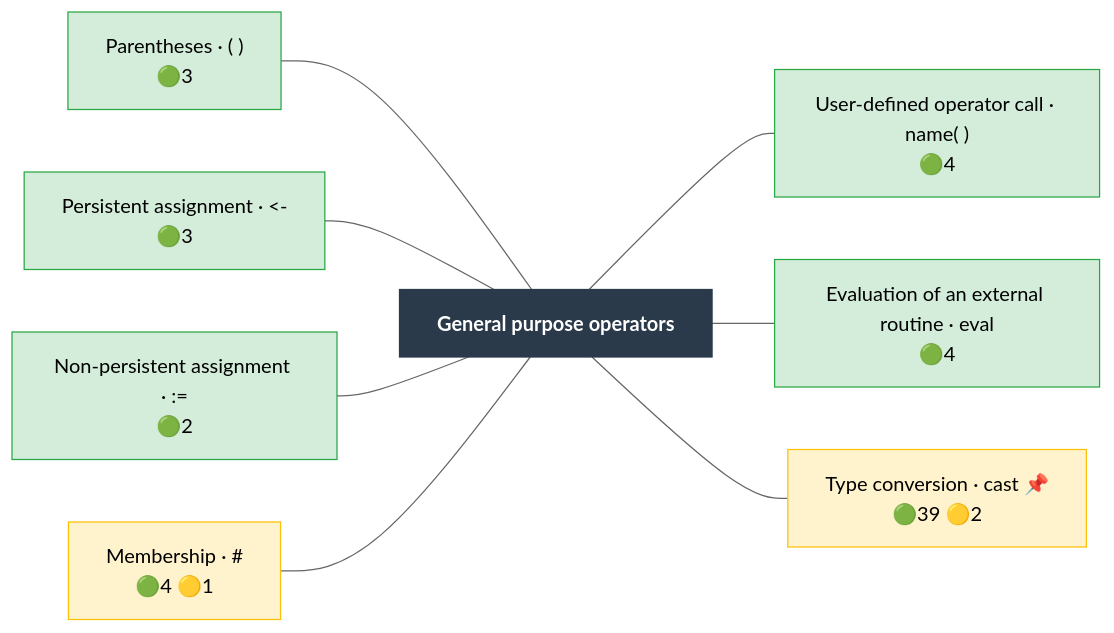
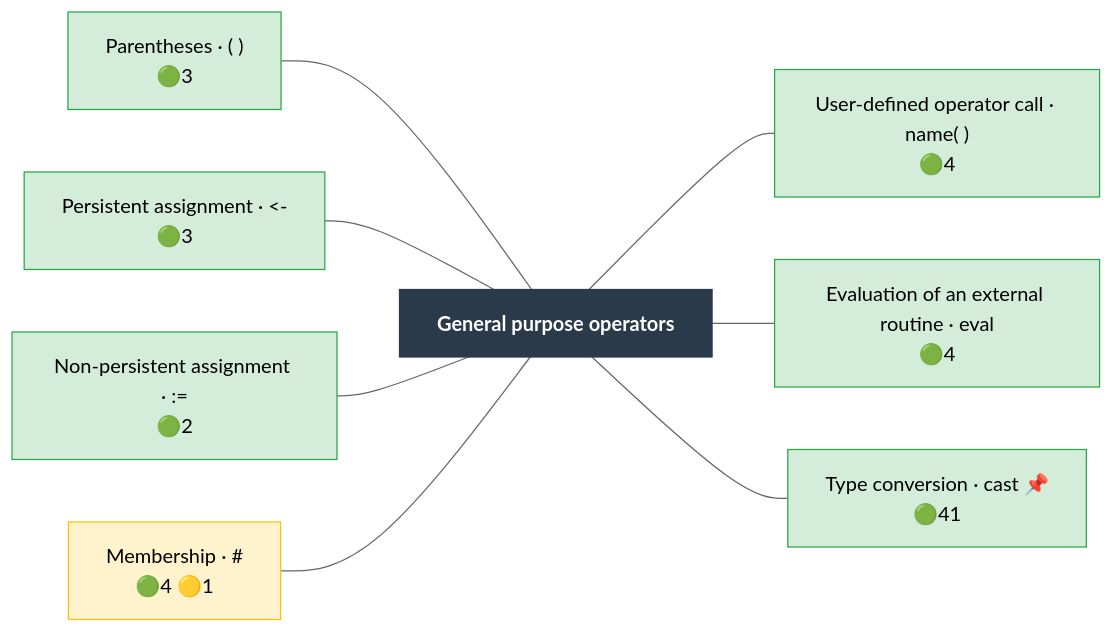
One commit to Meaningful-Data/vtlengine changed the diagram in docs/operator_map/general/index.rst. Above: the diagram before and after it, drawn with Mermaid (neutral theme). The commit also changed other lines of this file and 86 other files, not shown here.

```diff
--- a/docs/operator_map/general/index.rst
+++ b/docs/operator_map/general/index.rst
@@ -24,33 +24,33 @@
 .. mermaid::
    :config: {"flowchart": {"useMaxWidth": false}}
 
    flowchart LR
        classDef ok fill:#d4edda,stroke:#28a745,color:#000
        classDef partial fill:#fff3cd,stroke:#ffc107,color:#000
        classDef refused fill:#d4edda,stroke:#28a745,stroke-width:3px,stroke-dasharray: 2 2,color:#000
        classDef missing fill:#f8d7da,stroke:#dc3545,color:#000
        classDef diverge fill:#cce5ff,stroke:#007bff,color:#000
        classDef block fill:#2b3a4a,stroke:#2b3a4a,color:#fff,font-weight:bold
        classDef ext fill:#fff,stroke:#666,color:#000,stroke-dasharray: 5 5
        B["General purpose operators"]:::block
        general__parentheses["Parentheses · ( )<br/>🟢3"]:::ok
        general__persistent_assignment["Persistent assignment · #60;-<br/>🟢3"]:::ok
        general__non_persistent_assignment["Non-persistent assignment · #58;#61;<br/>🟢2"]:::ok
        general__membership["Membership · #35;<br/>🟢4 🟡1"]:::partial
        general__udo_call["User-defined operator call · name( )<br/>🟢4"]:::ok
        general__eval["Evaluation of an external routine · eval<br/>🟢4"]:::ok
-       general__cast["Type conversion · cast 📌<br/>🟢39 🟡2"]:::partial
+       general__cast["Type conversion · cast 📌<br/>🟢41"]:::ok
        general__parentheses --- B
        general__persistent_assignment --- B
        general__non_persistent_assignment --- B
        general__membership --- B
        B --- general__udo_call
        B --- general__eval
        B --- general__cast
        click general__parentheses href "parentheses.html"
        click general__persistent_assignment href "persistent_assignment.html"
        click general__non_persistent_assignment href "non_persistent_assignment.html"
        click general__membership href "membership.html"
        click general__udo_call href "udo_call.html"
        click general__eval href "eval.html"
        click general__cast href "cast.html"
```
